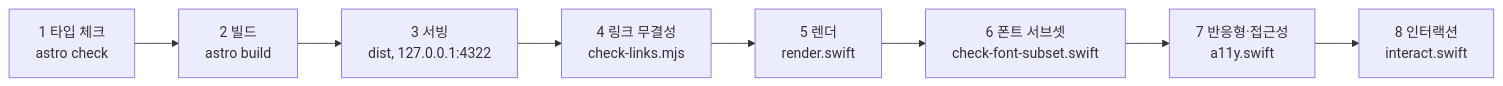
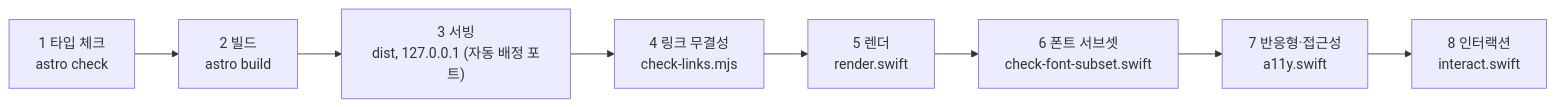
One commit to kwanbum217/NARANI_HomePage changed the diagram in docs/spec/QA_AND_A11Y.md. Above: the diagram before and after it, drawn with Mermaid. The commit also changed 3 other files, not shown here.

````diff
--- a/docs/spec/QA_AND_A11Y.md
+++ b/docs/spec/QA_AND_A11Y.md
@@ -18,10 +18,10 @@
 ```mermaid
 flowchart LR
   A["1 타입 체크<br/>astro check"] --> B["2 빌드<br/>astro build"]
-  B --> C["3 서빙<br/>dist, 127.0.0.1:4322"]
+  B --> C["3 서빙<br/>dist, 127.0.0.1 (자동 배정 포트)"]
   C --> D["4 링크 무결성<br/>check-links.mjs"]
   D --> E["5 렌더<br/>render.swift"]
   E --> F["6 폰트 서브셋<br/>check-font-subset.swift"]
   F --> G["7 반응형·접근성<br/>a11y.swift"]
   G --> H["8 인터랙션<br/>interact.swift"]
 ```
````
